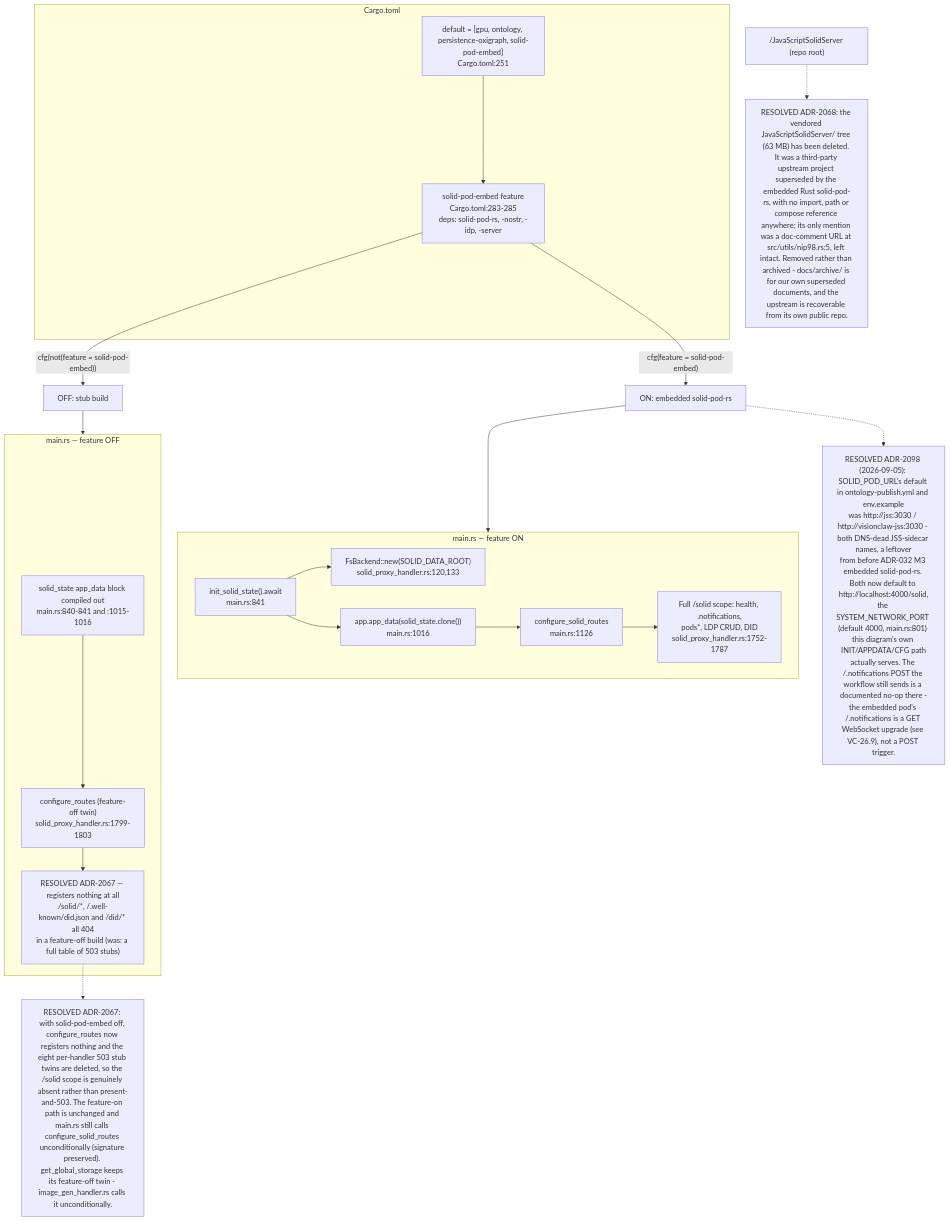
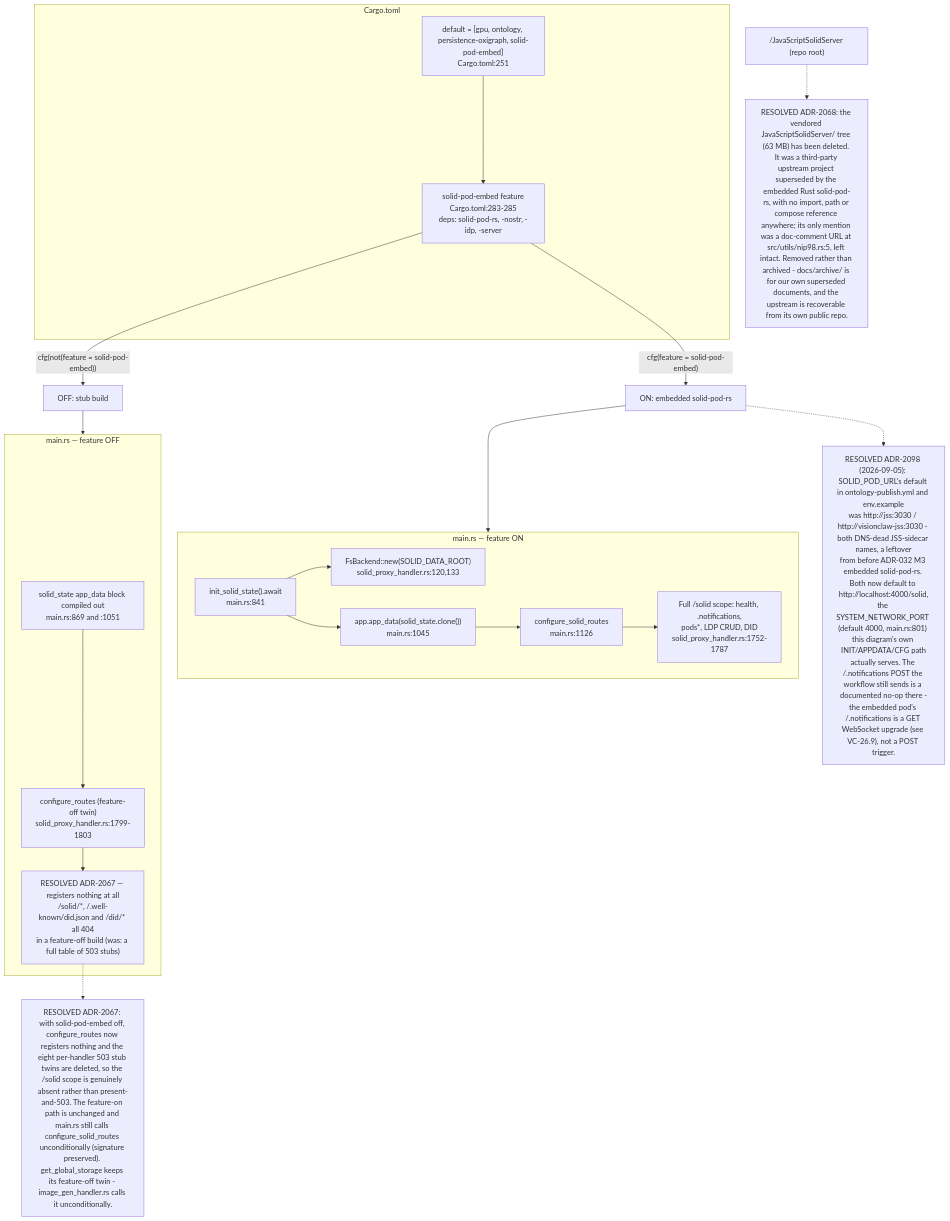
The first of 14 diagrams in docs/diagrams/visionclaw/26-solid-pod-and-jss.md (DreamLab-AI/VisionFlow), drawn with Mermaid before and after one commit. The commit also changed other lines of this file and 51 other files, not shown here.

First line of the commit message:
docs(diagrams): agentbox AB-01..13 re-attested anchor by anchor (980 anchors, 22 defects); checkpoint against an out-of-mesh writer

````diff
--- a/docs/diagrams/visionclaw/26-solid-pod-and-jss.md
+++ b/docs/diagrams/visionclaw/26-solid-pod-and-jss.md
@@ -40,40 +40,40 @@
 ```mermaid
 flowchart TB
     subgraph cargo["Cargo.toml"]
         DEFAULT["default = [gpu, ontology, persistence-oxigraph, solid-pod-embed]<br/>Cargo.toml:251"]
         FEAT["solid-pod-embed feature<br/>Cargo.toml:283-285<br/>deps: solid-pod-rs, -nostr, -idp, -server"]
     end
     DEFAULT --> FEAT
     FEAT -->|"cfg(feature = solid-pod-embed)"| ON["ON: embedded solid-pod-rs"]
     FEAT -->|"cfg(not(feature = solid-pod-embed))"| OFF["OFF: stub build"]
 
     subgraph onpath["main.rs — feature ON"]
         INIT["init_solid_state().await<br/>main.rs:841"]
-        APPDATA["app.app_data(solid_state.clone())<br/>main.rs:1016"]
+        APPDATA["app.app_data(solid_state.clone())<br/>main.rs:1045"]
         CFG["configure_solid_routes<br/>main.rs:1126"]
         FS["FsBackend::new(SOLID_DATA_ROOT)<br/>solid_proxy_handler.rs:120,133"]
         ROUTES["Full /solid scope: health, .notifications,<br/>pods*, LDP CRUD, DID<br/>solid_proxy_handler.rs:1752-1787"]
         INIT --> FS
         INIT --> APPDATA --> CFG --> ROUTES
     end
 
     subgraph offpath["main.rs — feature OFF"]
-        NOINIT["solid_state app_data block compiled out<br/>main.rs:840-841 and :1015-1016"]
+        NOINIT["solid_state app_data block compiled out<br/>main.rs:869 and :1051"]
         STUBCFG["configure_routes (feature-off twin)<br/>solid_proxy_handler.rs:1799-1803"]
         STUBROUTES["RESOLVED ADR-2067 — registers nothing at all<br/>/solid/*, /.well-known/did.json and /did/* all 404<br/>in a feature-off build (was: a full table of 503 stubs)"]
         NOINIT --> STUBCFG --> STUBROUTES
     end
 
     ON --> onpath
     OFF --> offpath
 
     Note1["RESOLVED ADR-2067: with solid-pod-embed off, configure_routes now registers nothing and the eight per-handler 503 stub twins are deleted, so the /solid scope is genuinely absent rather than present-and-503. The feature-on path is unchanged and main.rs still calls configure_solid_routes unconditionally (signature preserved). get_global_storage keeps its feature-off twin - image_gen_handler.rs calls it unconditionally."]
     STUBROUTES -.-> Note1
 
     Legacy["/JavaScriptSolidServer (repo root)"]
     Note2["RESOLVED ADR-2068: the vendored JavaScriptSolidServer/ tree (63 MB) has been deleted. It was a third-party upstream project superseded by the embedded Rust solid-pod-rs, with no import, path or compose reference anywhere; its only mention was a doc-comment URL at src/utils/nip98.rs:5, left intact. Removed rather than archived - docs/archive/ is for our own superseded documents, and the upstream is recoverable from its own public repo."]
     Legacy -.-> Note2
 
     Note3["RESOLVED ADR-2098 (2026-09-05): SOLID_POD_URL's default in ontology-publish.yml and env.example<br/>was http://jss:3030 / http://visionclaw-jss:3030 - both DNS-dead JSS-sidecar names, a leftover<br/>from before ADR-032 M3 embedded solid-pod-rs. Both now default to http://localhost:4000/solid,<br/>the SYSTEM_NETWORK_PORT (default 4000, main.rs:801) this diagram's own INIT/APPDATA/CFG path<br/>actually serves. The /.notifications POST the workflow still sends is a documented no-op there -<br/>the embedded pod's /.notifications is a GET WebSocket upgrade (see VC-26.9), not a POST trigger."]
     ON -.-> Note3
 ```
````
